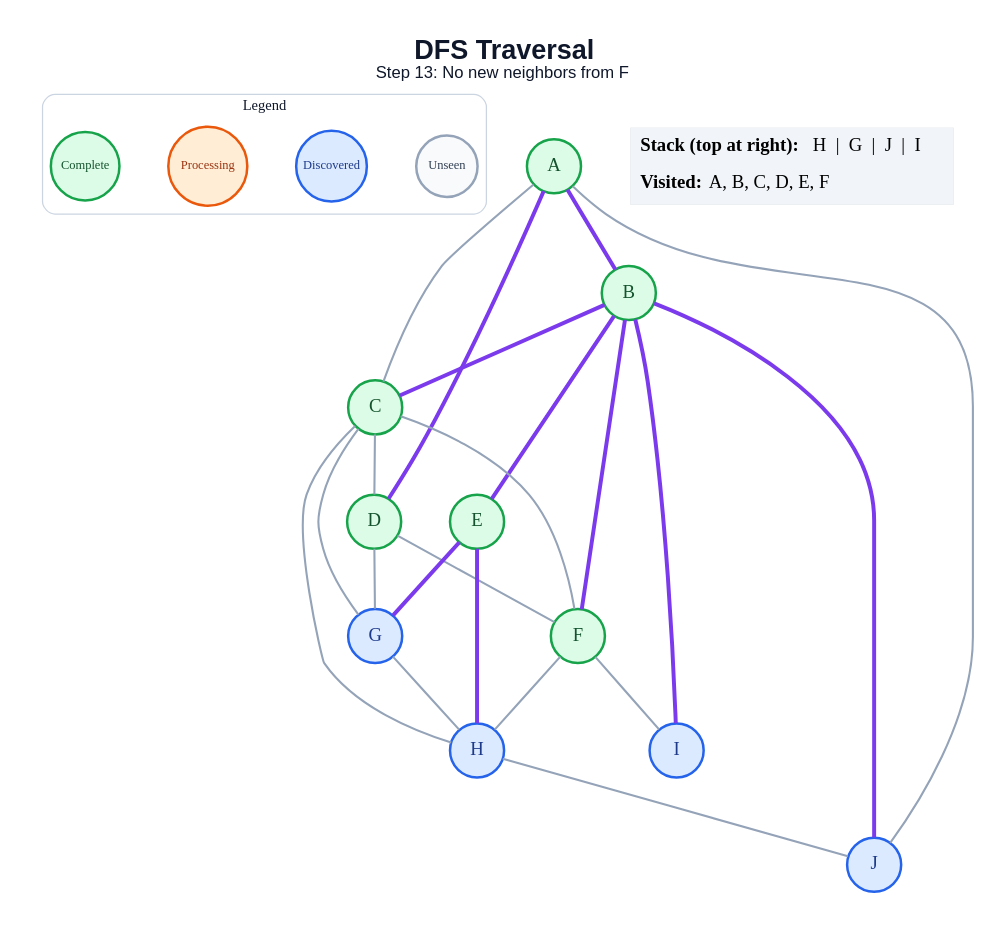
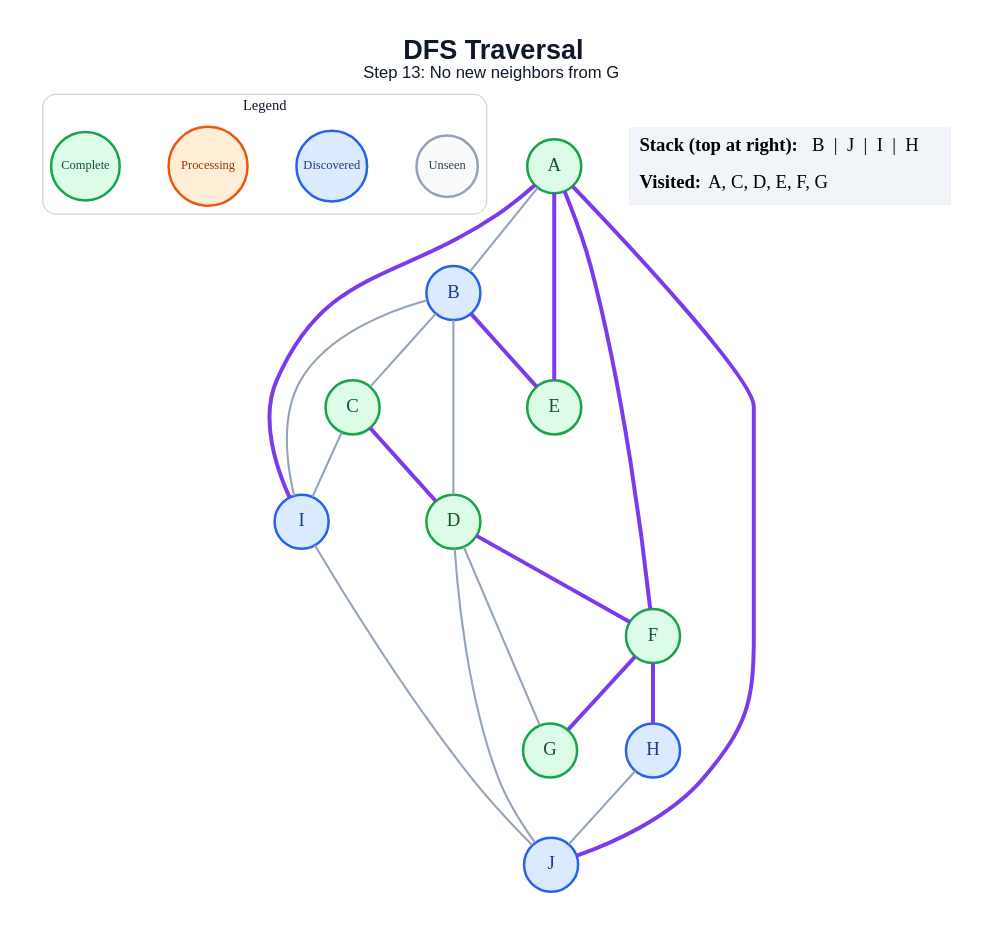
Before and after one commit to anon7238593-create/ai-slop: the diagram in generated/specific-node/dfs/step_13.dot, drawn with Graphviz. The commit also changed 178 other files, not shown here.

```diff
--- a/generated/specific-node/dfs/step_13.dot
+++ b/generated/specific-node/dfs/step_13.dot
@@ -1,50 +1,47 @@
 graph traversal {
   graph [layout=dot, rankdir=TB, bgcolor="#FFFFFF", pad="0.35", nodesep="0.65", ranksep="0.8", fontname="Arial"];
   node [shape=circle, style="filled", fontname="Arial Bold", fontsize=18, width=0.72, fixedsize=true, penwidth=2.4];
   edge [color="#94A3B8", penwidth=2.0];
-  label=<<B>DFS Traversal</B><BR/><FONT POINT-SIZE="16">Step 13: No new neighbors from F</FONT>>; labelloc="t"; fontsize=26; fontname="Arial"; fontcolor="#0F172A";
+  label=<<B>DFS Traversal</B><BR/><FONT POINT-SIZE="16">Step 13: No new neighbors from G</FONT>>; labelloc="t"; fontsize=26; fontname="Arial"; fontcolor="#0F172A";
   subgraph cluster_legend { label="Legend"; color="#CBD5E1"; penwidth=1.2; style="rounded"; fontsize=14; fontname="Arial Bold";
     key_unseen [label="Unseen", fillcolor="#F8FAFC", color="#94A3B8", fontcolor="#334155", fontsize=12, width=0.82];
     key_frontier [label="Discovered", fillcolor="#DBEAFE", color="#2563EB", fontcolor="#1E3A8A", fontsize=12, width=0.95];
     key_current [label="Processing", fillcolor="#FFEDD5", color="#EA580C", fontcolor="#9A3412", fontsize=12, width=1.05];
     key_done [label="Complete", fillcolor="#DCFCE7", color="#16A34A", fontcolor="#14532D", fontsize=12, width=0.92];
     { rank=same; key_unseen; key_frontier; key_current; key_done; }
   }
   A [fillcolor="#DCFCE7", color="#16A34A", fontcolor="#14532D"];
-  B [fillcolor="#DCFCE7", color="#16A34A", fontcolor="#14532D"];
+  B [fillcolor="#DBEAFE", color="#2563EB", fontcolor="#1E3A8A"];
   C [fillcolor="#DCFCE7", color="#16A34A", fontcolor="#14532D"];
   D [fillcolor="#DCFCE7", color="#16A34A", fontcolor="#14532D"];
   E [fillcolor="#DCFCE7", color="#16A34A", fontcolor="#14532D"];
   F [fillcolor="#DCFCE7", color="#16A34A", fontcolor="#14532D"];
-  G [fillcolor="#DBEAFE", color="#2563EB", fontcolor="#1E3A8A"];
+  G [fillcolor="#DCFCE7", color="#16A34A", fontcolor="#14532D"];
   H [fillcolor="#DBEAFE", color="#2563EB", fontcolor="#1E3A8A"];
   I [fillcolor="#DBEAFE", color="#2563EB", fontcolor="#1E3A8A"];
   J [fillcolor="#DBEAFE", color="#2563EB", fontcolor="#1E3A8A"];
-  A -- B [color="#7C3AED", penwidth=3.8];
-  A -- C;
-  A -- D [color="#7C3AED", penwidth=3.8];
-  A -- J;
-  B -- C [color="#7C3AED", penwidth=3.8];
+  A -- B;
+  A -- E [color="#7C3AED", penwidth=3.8];
+  A -- F [color="#7C3AED", penwidth=3.8];
+  A -- I [color="#7C3AED", penwidth=3.8];
+  A -- J [color="#7C3AED", penwidth=3.8];
+  B -- C;
+  B -- D;
   B -- E [color="#7C3AED", penwidth=3.8];
-  B -- F [color="#7C3AED", penwidth=3.8];
-  B -- I [color="#7C3AED", penwidth=3.8];
-  B -- J [color="#7C3AED", penwidth=3.8];
-  C -- D;
-  C -- F;
-  C -- G;
-  C -- H;
-  D -- F;
+  B -- I;
+  C -- D [color="#7C3AED", penwidth=3.8];
+  C -- I;
+  D -- F [color="#7C3AED", penwidth=3.8];
   D -- G;
-  E -- G [color="#7C3AED", penwidth=3.8];
-  E -- H [color="#7C3AED", penwidth=3.8];
-  F -- H;
-  F -- I;
-  G -- H;
+  D -- J;
+  F -- G [color="#7C3AED", penwidth=3.8];
+  F -- H [color="#7C3AED", penwidth=3.8];
   H -- J;
+  I -- J;
   status [shape=plain, fixedsize=false, width=0, height=0, margin=0, label=<
     <TABLE BORDER="0" CELLBORDER="0" CELLPADDING="7" BGCOLOR="#F1F5F9">
-      <TR><TD ALIGN="LEFT"><B>Stack (top at right):</B> H  |  G  |  J  |  I</TD></TR>
-      <TR><TD ALIGN="LEFT"><B>Visited:</B> A, B, C, D, E, F</TD></TR>
+      <TR><TD ALIGN="LEFT"><B>Stack (top at right):</B> B  |  J  |  I  |  H</TD></TR>
+      <TR><TD ALIGN="LEFT"><B>Visited:</B> A, C, D, E, F, G</TD></TR>
     </TABLE>
   >];
 }
```
